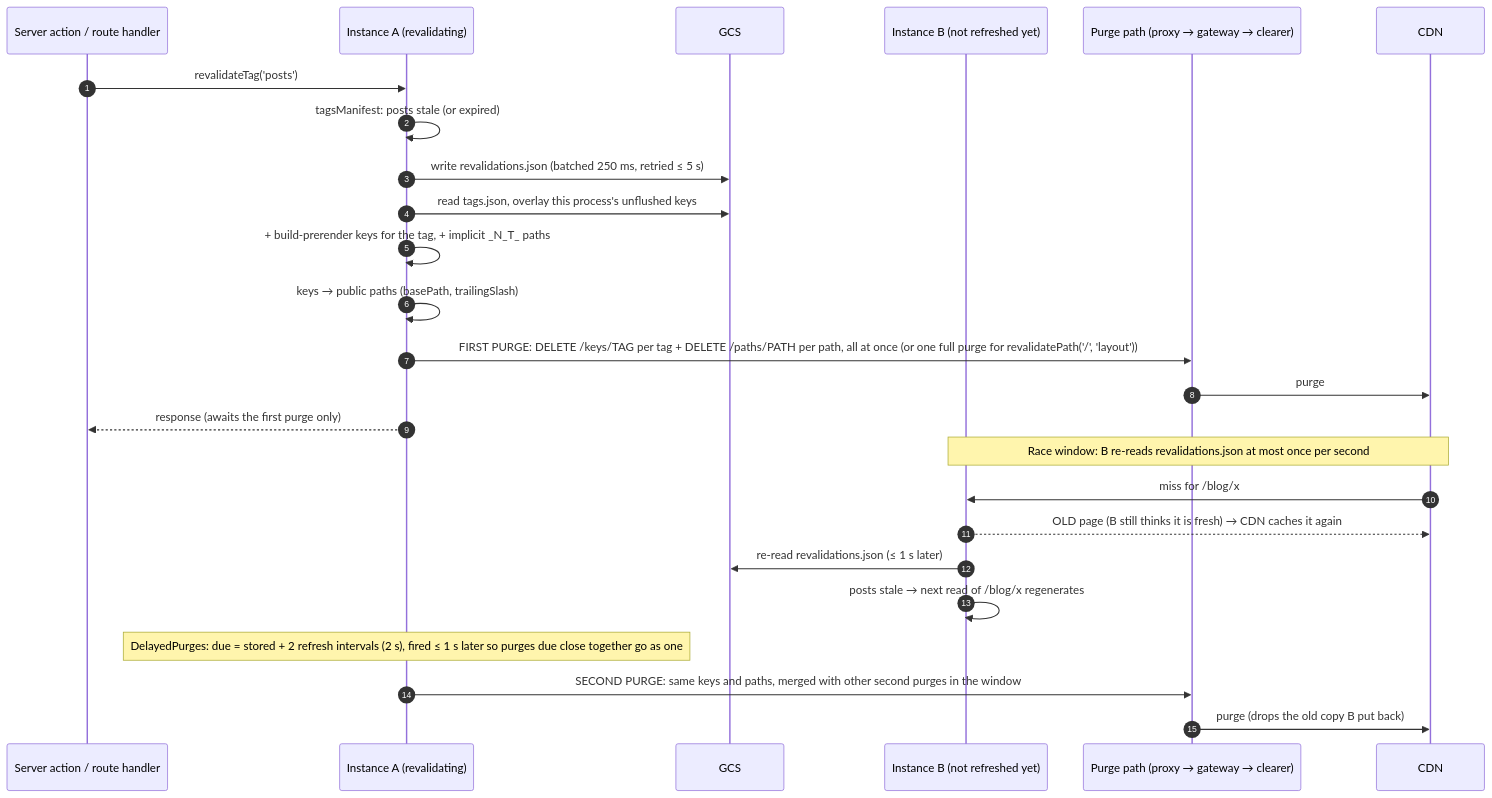
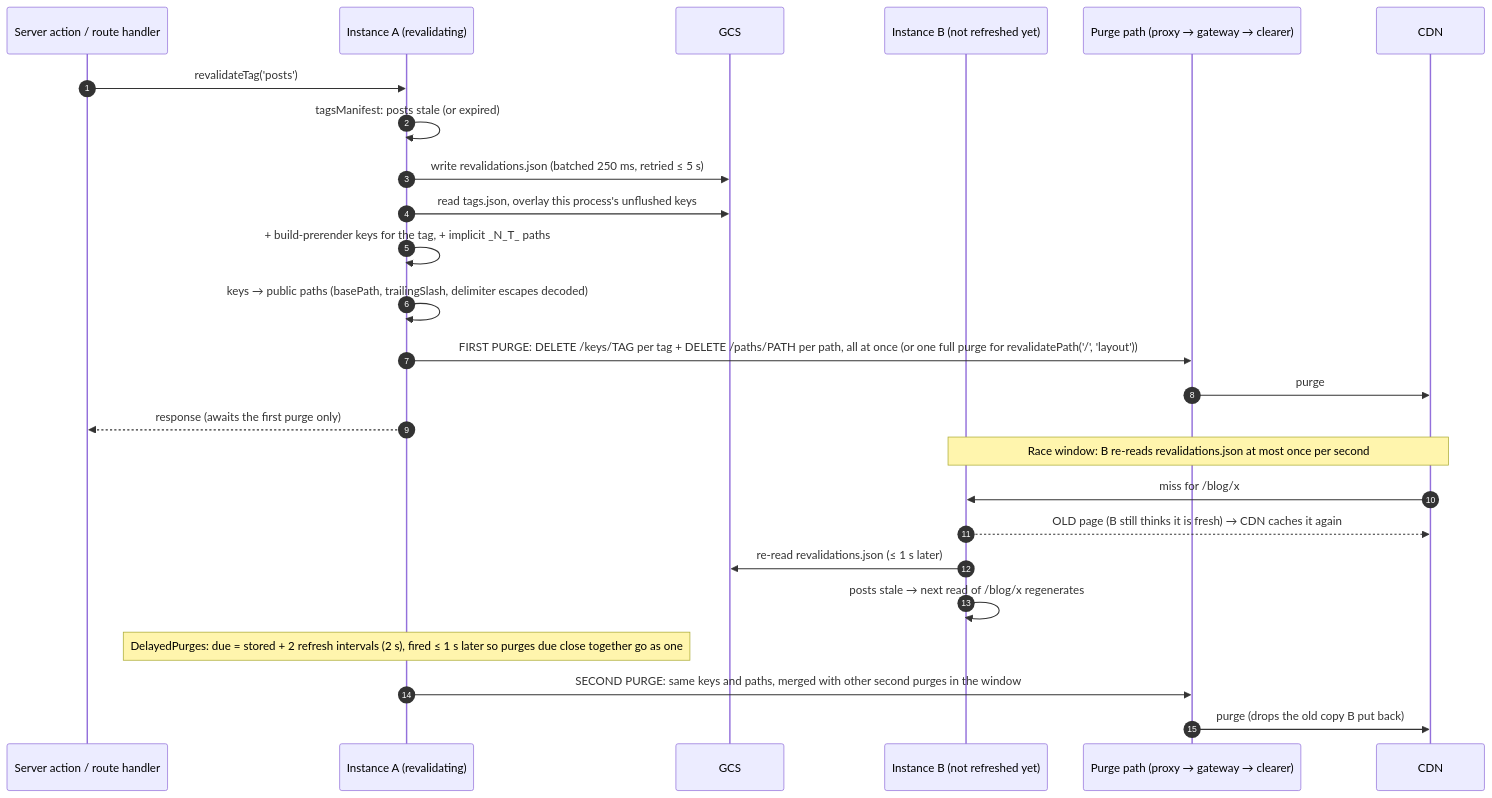
Before and after one commit to pantheon-systems/nextjs-cache-handler: the third of 5 diagrams in ARCHITECTURE.md, drawn with Mermaid. The commit also changed other lines of this file and 8 other files, not shown here.

Commit message:
SITE-6314: purge the decoded URL of keys with escaped path delimiters and drop queries from clearEdgeCachePaths().

````diff
--- a/ARCHITECTURE.md
+++ b/ARCHITECTURE.md
@@ -98,31 +98,31 @@
 ```mermaid
 sequenceDiagram
   autonumber
   participant Caller as Server action / route handler
   participant A as Instance A (revalidating)
   participant G as GCS
   participant B as Instance B (not refreshed yet)
   participant P as Purge path (proxy → gateway → clearer)
   participant CDN
 
   Caller->>A: revalidateTag('posts')
   A->>A: tagsManifest: posts stale (or expired)
   A->>G: write revalidations.json (batched 250 ms, retried ≤ 5 s)
   A->>G: read tags.json, overlay this process's unflushed keys
   A->>A: + build-prerender keys for the tag, + implicit _N_T_ paths
-  A->>A: keys → public paths (basePath, trailingSlash)
+  A->>A: keys → public paths (basePath, trailingSlash, delimiter escapes decoded)
   A->>P: FIRST PURGE: DELETE /keys/TAG per tag + DELETE /paths/PATH per path, all at once (or one full purge for revalidatePath('/', 'layout'))
   P->>CDN: purge
   A-->>Caller: response (awaits the first purge only)
 
   Note over B,CDN: Race window: B re-reads revalidations.json at most once per second
   CDN->>B: miss for /blog/x
   B-->>CDN: OLD page (B still thinks it is fresh) → CDN caches it again
 
   B->>G: re-read revalidations.json (≤ 1 s later)
   B->>B: posts stale → next read of /blog/x regenerates
 
   Note over A: DelayedPurges: due = stored + 2 refresh intervals (2 s), fired ≤ 1 s later so purges due close together go as one
   A->>P: SECOND PURGE: same keys and paths, merged with other second purges in the window
   P->>CDN: purge (drops the old copy B put back)
 ```
````
